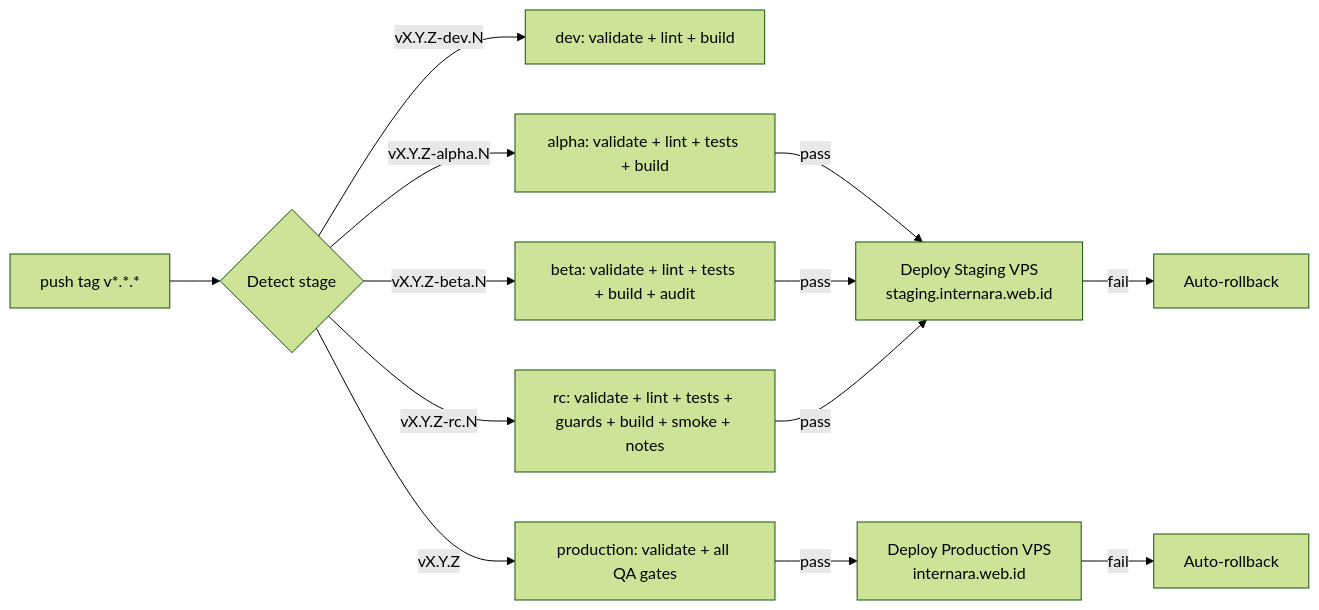
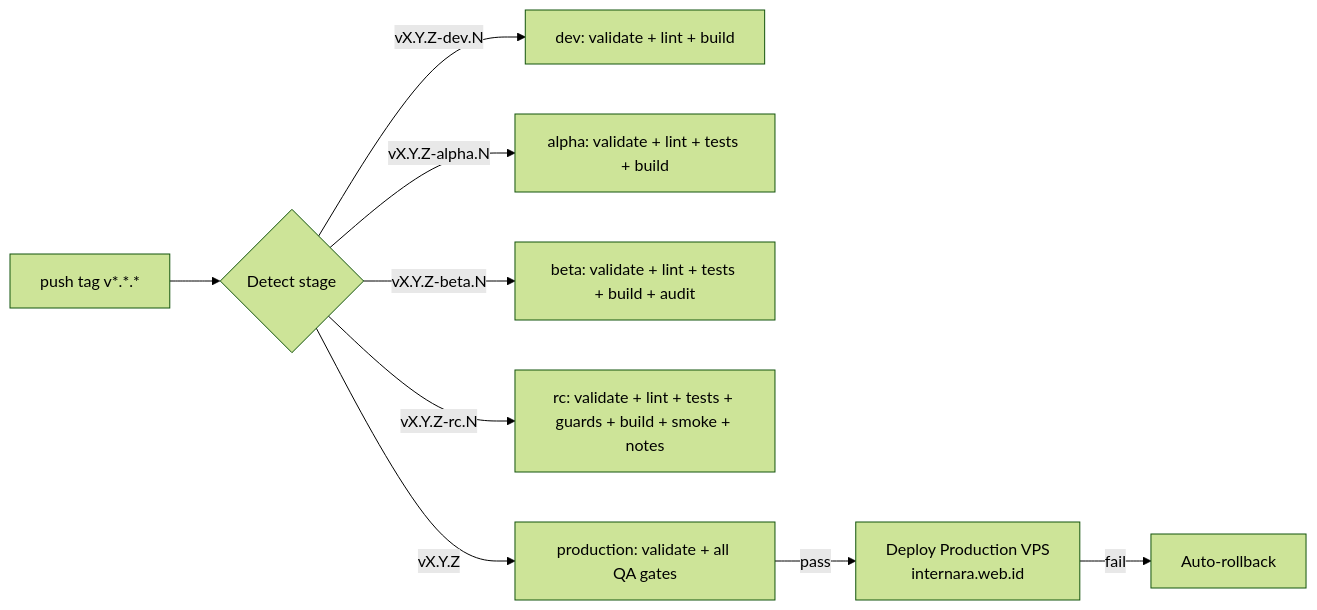
Before and after one commit to reasvyn/internara: the diagram in docs/guides/infra/ci-cd.md, drawn with Mermaid (forest theme). The commit also changed other lines of this file and 6 other files, not shown here.

````diff
--- a/docs/guides/infra/ci-cd.md
+++ b/docs/guides/infra/ci-cd.md
@@ -32,15 +32,11 @@
 ```mermaid
 flowchart LR
     T[push tag v*.*.*] --> D{Detect stage}
     D -->|vX.Y.Z-dev.N| DEV[dev: validate + lint + build]
     D -->|vX.Y.Z-alpha.N| ALPHA[alpha: validate + lint + tests + build]
     D -->|vX.Y.Z-beta.N| BETA[beta: validate + lint + tests + build + audit]
     D -->|vX.Y.Z-rc.N| RC[rc: validate + lint + tests + guards + build + smoke + notes]
     D -->|vX.Y.Z| PROD[production: validate + all QA gates]
-    ALPHA -->|pass| STAGING_DEP[Deploy Staging VPS<br/>staging.internara.web.id]
-    BETA -->|pass| STAGING_DEP
-    RC -->|pass| STAGING_DEP
     PROD -->|pass| PROD_DEP[Deploy Production VPS<br/>internara.web.id]
-    STAGING_DEP -->|fail| STAGING_ROLL[Auto-rollback]
     PROD_DEP -->|fail| PROD_ROLL[Auto-rollback]
 ```
````
